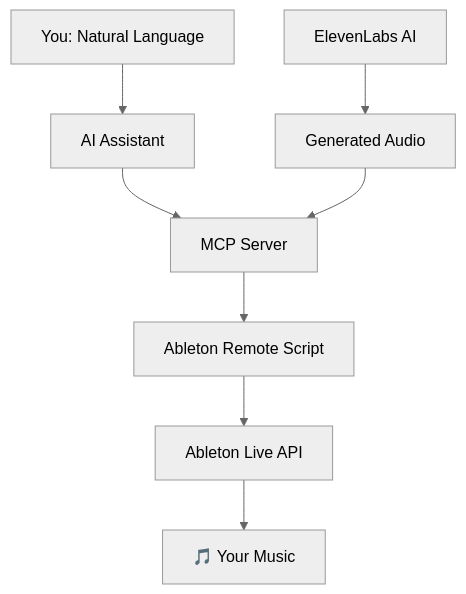
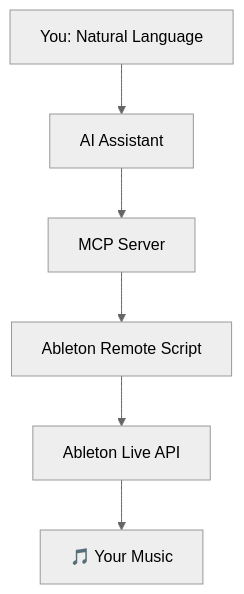
Before and after one commit to mumumedia/studioworks-core: the diagram in README.md, drawn with Mermaid (neutral theme). The commit also changed other lines of this file and 11 other files, not shown here.

````diff
--- a/README.md
+++ b/README.md
@@ -120,11 +129,8 @@
 ```mermaid
 graph TB
     A[You: Natural Language] --> B[AI Assistant]
     B --> C[MCP Server]
     C --> D[Ableton Remote Script]
     D --> E[Ableton Live API]
     E --> F[🎵 Your Music]
-    
-    G[ElevenLabs AI] --> H[Generated Audio]
-    H --> C
 ```
````
